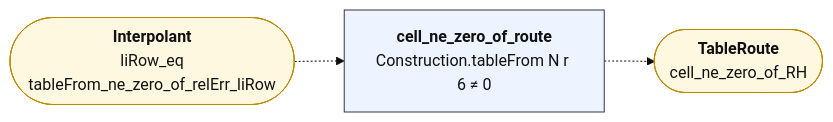
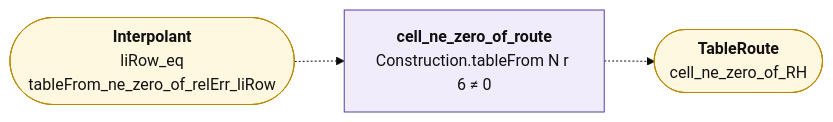
The diagram in map/lean/RouteCell.md (juliansambranojr/Primebeat_081426), drawn with Mermaid (base theme) before and after one commit. The commit also changed other lines of this file and 398 other files, not shown here.

````diff
--- a/map/lean/RouteCell.md
+++ b/map/lean/RouteCell.md
@@ -12,13 +12,16 @@
 ```mermaid
 flowchart LR
-  n0["<b>cell_ne_zero_of_route</b><br/>Construction.tableFrom N r 6 ≠ 0"]:::thm
+  n0["<b>cell_ne_zero_of_route</b><br/>Construction.tableFrom N r 6 ≠ 0"]:::shp
   x0(["<b>Interpolant</b><br/>liRow_eq<br/>tableFrom_ne_zero_of_relErr_liRow"]):::ext
   x1(["<b>TableRoute</b><br/>cell_ne_zero_of_RH"]):::ext
   n0 -.-> x1
   x0 -.-> n0
+  classDef cnt fill:#dff5ec,stroke:#17694a,color:#111
+  classDef shp fill:#f1ecfb,stroke:#5b3fa0,color:#111
+  classDef rh fill:#ffe5e5,stroke:#c22,color:#111,stroke-width:2px
   classDef thm fill:#eef4ff,stroke:#335,color:#111
   classDef end_ fill:#e7f7e7,stroke:#2a7,color:#111,stroke-width:2px
   classDef lone fill:#fff,stroke:#999,color:#111,stroke-dasharray:4 3
   classDef bad fill:#ffe5e5,stroke:#c22,color:#111,stroke-width:2px
   classDef ext fill:#fff8e1,stroke:#b80,color:#111
 ```
````
